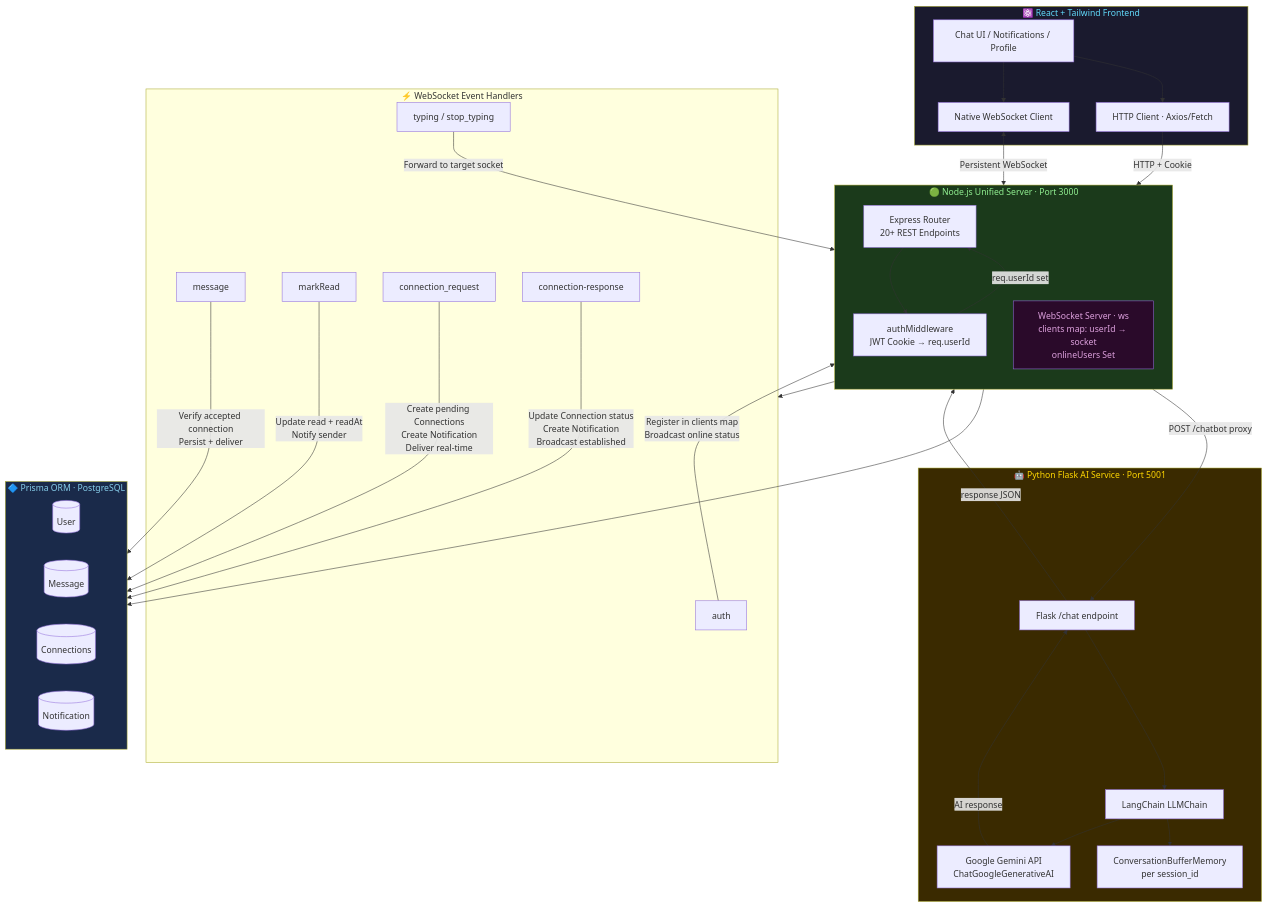
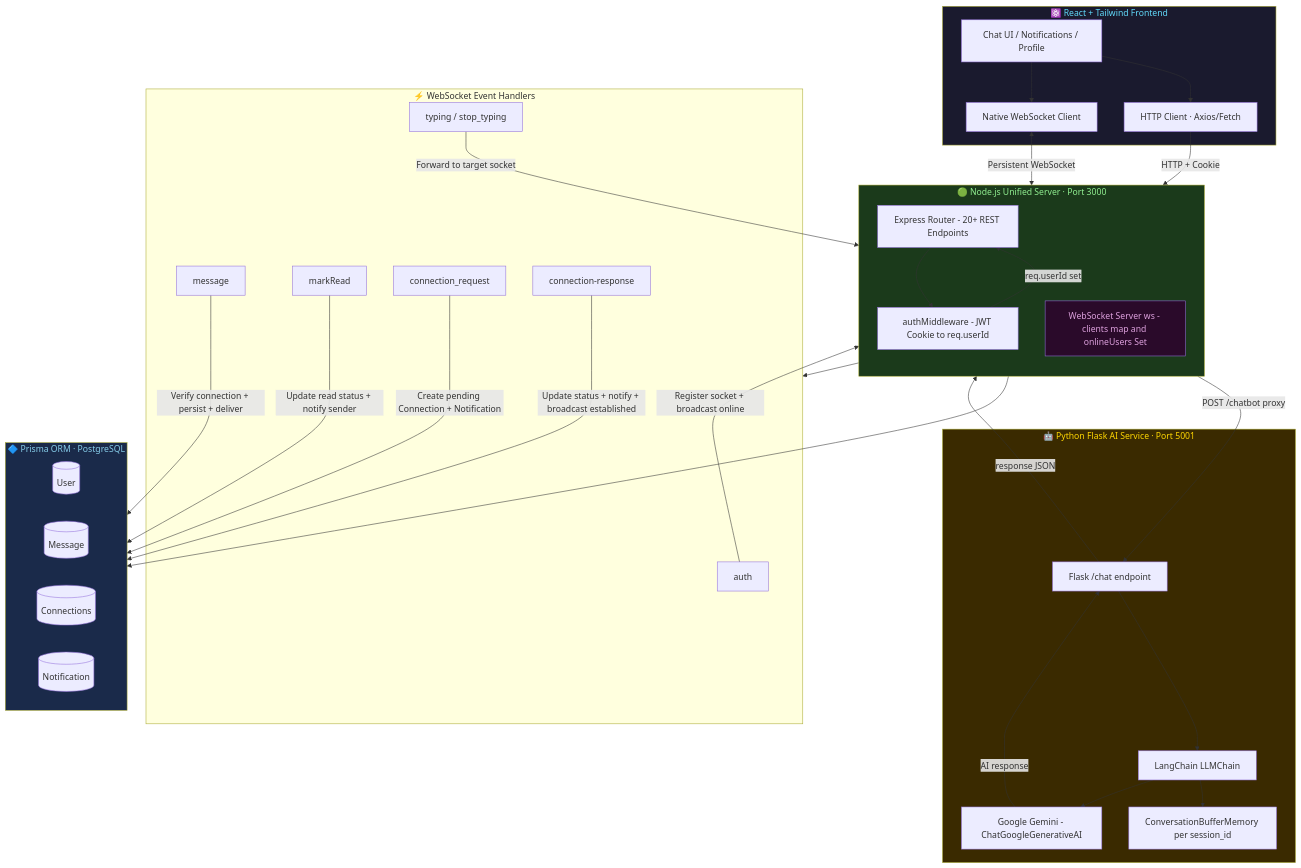
The first of 4 diagrams in README.md (ayushgarg2005/Chat-Application), drawn with Mermaid before and after one commit. The commit also changed other lines of this file, not shown here.

Commit message:
Update README formatting and descriptions

````diff
--- a/README.md
+++ b/README.md
@@ -68,71 +68,71 @@
 ```mermaid
 flowchart TD
     subgraph FE["⚛️ React + Tailwind Frontend"]
         UI[Chat UI / Notifications / Profile]
         WSC[Native WebSocket Client]
         REST_C[HTTP Client · Axios/Fetch]
     end
 
     subgraph NODE["🟢 Node.js Unified Server · Port 3000"]
         direction TB
-        EXP[Express Router\n20+ REST Endpoints]
-        AUTH_MW[authMiddleware\nJWT Cookie → req.userId]
-        WSS[WebSocket Server · ws\nclients map: userId → socket\nonlineUsers Set]
+        EXP[Express Router - 20+ REST Endpoints]
+        AUTH_MW[authMiddleware - JWT Cookie to req.userId]
+        WSS[WebSocket Server ws - clients map and onlineUsers Set]
     end
 
     subgraph WS_EVENTS["⚡ WebSocket Event Handlers"]
         EV_AUTH[auth]
         EV_MSG[message]
         EV_READ[markRead]
         EV_CREQ[connection_request]
         EV_CRES[connection-response]
         EV_TYPE[typing / stop_typing]
     end
 
     subgraph PRISMA["🔷 Prisma ORM · PostgreSQL"]
         direction LR
         M_USER[(User)]
         M_MSG[(Message)]
         M_CONN[(Connections)]
         M_NOTIF[(Notification)]
     end
 
     subgraph PYTHON["🤖 Python Flask AI Service · Port 5001"]
         FLASK[Flask /chat endpoint]
         LC[LangChain LLMChain]
-        MEM[ConversationBufferMemory\nper session_id]
-        GEMINI[Google Gemini API\nChatGoogleGenerativeAI]
+        MEM[ConversationBufferMemory per session_id]
+        GEMINI[Google Gemini - ChatGoogleGenerativeAI]
     end
 
     UI --> REST_C
     UI --> WSC
 
     REST_C -->|HTTP + Cookie| EXP
     EXP --> AUTH_MW
     AUTH_MW -->|req.userId set| EXP
 
     WSC <-->|Persistent WebSocket| WSS
     WSS --> WS_EVENTS
 
-    EV_AUTH -->|Register in clients map\nBroadcast online status| WSS
-    EV_MSG -->|Verify accepted connection\nPersist + deliver| PRISMA
-    EV_READ -->|Update read + readAt\nNotify sender| PRISMA
-    EV_CREQ -->|Create pending Connections\nCreate Notification\nDeliver real-time| PRISMA
-    EV_CRES -->|Update Connection status\nCreate Notification\nBroadcast established| PRISMA
+    EV_AUTH -->|Register socket + broadcast online| WSS
+    EV_MSG -->|Verify connection + persist + deliver| PRISMA
+    EV_READ -->|Update read status + notify sender| PRISMA
+    EV_CREQ -->|Create pending Connection + Notification| PRISMA
+    EV_CRES -->|Update status + notify + broadcast established| PRISMA
     EV_TYPE -->|Forward to target socket| WSS
 
     EXP --> PRISMA
     EXP -->|POST /chatbot proxy| FLASK
 
     FLASK --> LC
     LC --> MEM
     LC --> GEMINI
     GEMINI -->|AI response| FLASK
     FLASK -->|response JSON| EXP
 
     style FE fill:#1a1a2e,color:#61DAFB
     style NODE fill:#1b3a1b,color:#90EE90
     style PRISMA fill:#1a2a4a,color:#87CEEB
     style PYTHON fill:#3a2a00,color:#FFD700
     style WSS fill:#2a0a2a,color:#DDA0DD
 ```
````
